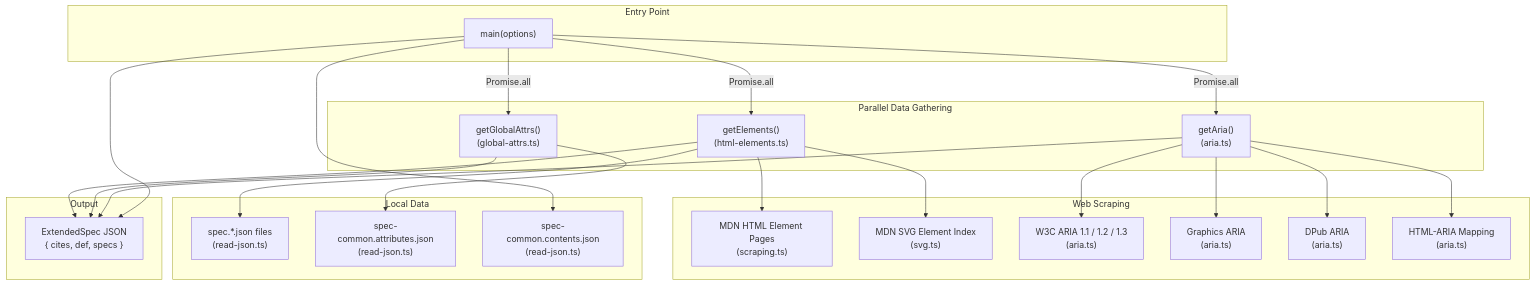
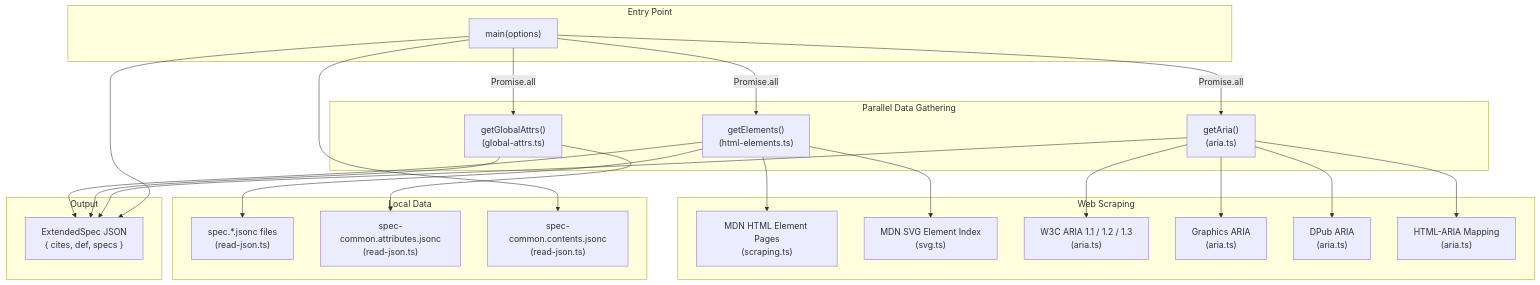
The first of 2 diagrams in packages/@markuplint/spec-generator/ARCHITECTURE.md (markuplint/markuplint), drawn with Mermaid before and after one commit. The commit also changed 3 other files, not shown here.

First line of the commit message:
docs(spec-generator,html-spec): fix remaining .json references in docs

````diff
--- a/packages/@markuplint/spec-generator/ARCHITECTURE.md
+++ b/packages/@markuplint/spec-generator/ARCHITECTURE.md
@@ -28,50 +28,50 @@
 ```mermaid
 flowchart TD
     subgraph entry ["Entry Point"]
         main["main(options)"]
     end
 
     subgraph parallel ["Parallel Data Gathering"]
         getElements["getElements()\n(html-elements.ts)"]
         getGlobalAttrs["getGlobalAttrs()\n(global-attrs.ts)"]
         getAria["getAria()\n(aria.ts)"]
     end
 
     subgraph scraping ["Web Scraping"]
         mdnHTML["MDN HTML Element Pages\n(scraping.ts)"]
         mdnSVG["MDN SVG Element Index\n(svg.ts)"]
         ariaSpecs["W3C ARIA 1.1 / 1.2 / 1.3\n(aria.ts)"]
         graphicsAria["Graphics ARIA\n(aria.ts)"]
         dpubAria["DPub ARIA\n(aria.ts)"]
         htmlAria["HTML-ARIA Mapping\n(aria.ts)"]
     end
 
     subgraph local ["Local Data"]
-        specFiles["spec.*.json files\n(read-json.ts)"]
-        commonAttrs["spec-common.attributes.json\n(read-json.ts)"]
-        commonContents["spec-common.contents.json\n(read-json.ts)"]
+        specFiles["spec.*.jsonc files\n(read-json.ts)"]
+        commonAttrs["spec-common.attributes.jsonc\n(read-json.ts)"]
+        commonContents["spec-common.contents.jsonc\n(read-json.ts)"]
     end
 
     subgraph output ["Output"]
         extendedSpec["ExtendedSpec JSON\n{ cites, def, specs }"]
     end
 
     main --> |"Promise.all"| getElements
     main --> |"Promise.all"| getGlobalAttrs
     main --> |"Promise.all"| getAria
 
     getElements --> specFiles
     getElements --> mdnHTML
     getElements --> mdnSVG
     getGlobalAttrs --> commonAttrs
     getAria --> ariaSpecs
     getAria --> graphicsAria
     getAria --> dpubAria
     getAria --> htmlAria
 
     getElements --> extendedSpec
     getGlobalAttrs --> extendedSpec
     getAria --> extendedSpec
     main --> commonContents
     main --> extendedSpec
 ```
````
